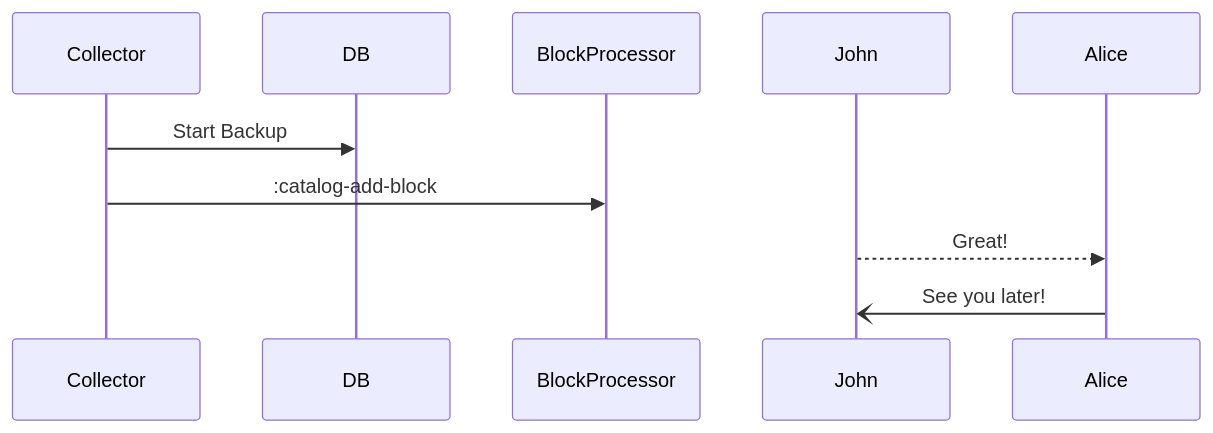
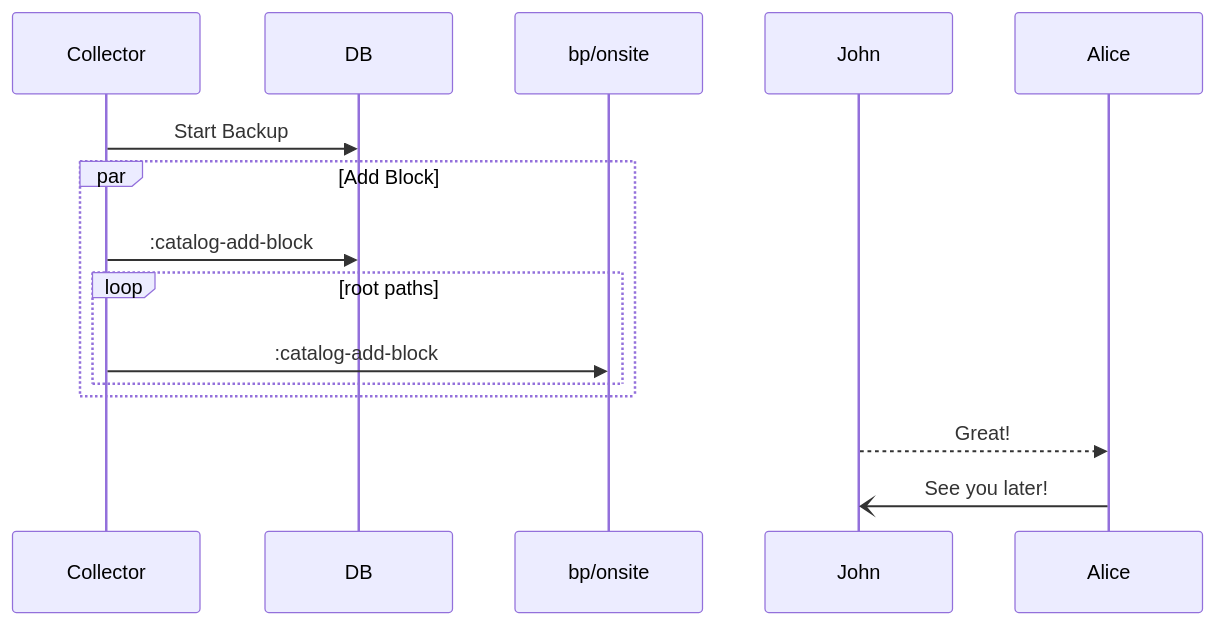
Before and after one commit to dealy663/offsite: the first of 2 diagrams in offsite-cli/doc/intro.md, drawn with Mermaid. The commit also changed other lines of this file, not shown here.

Commit message:
updated markdown with new diagrams

````diff
--- a/offsite-cli/doc/intro.md
+++ b/offsite-cli/doc/intro.md
@@ -34,8 +35,13 @@
 ```mermaid
 sequenceDiagram
 Collector->>DB: Start Backup
-Collector->>BlockProcessor: :catalog-add-block
+par Add Block
+Collector->>DB: :catalog-add-block
+loop root paths
+    Collector->>bp/onsite: :catalog-add-block
+end 
+end
 John-->>Alice: Great!
 
 Alice-)John: See you later!
 ```
````
